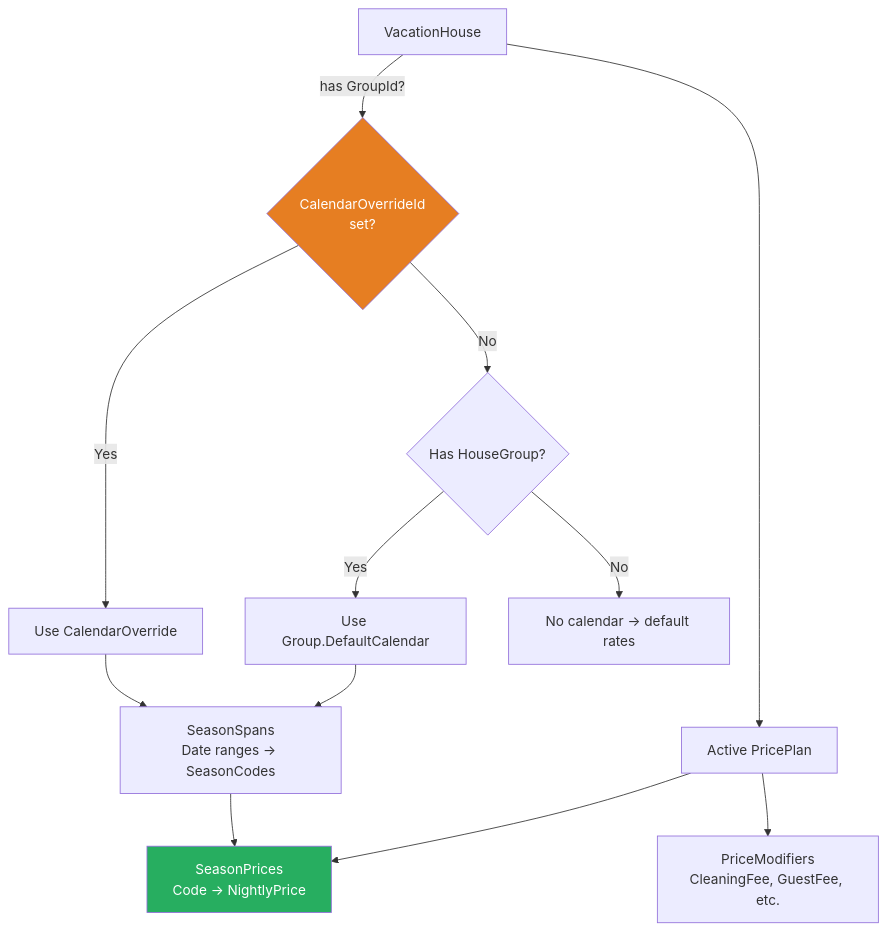
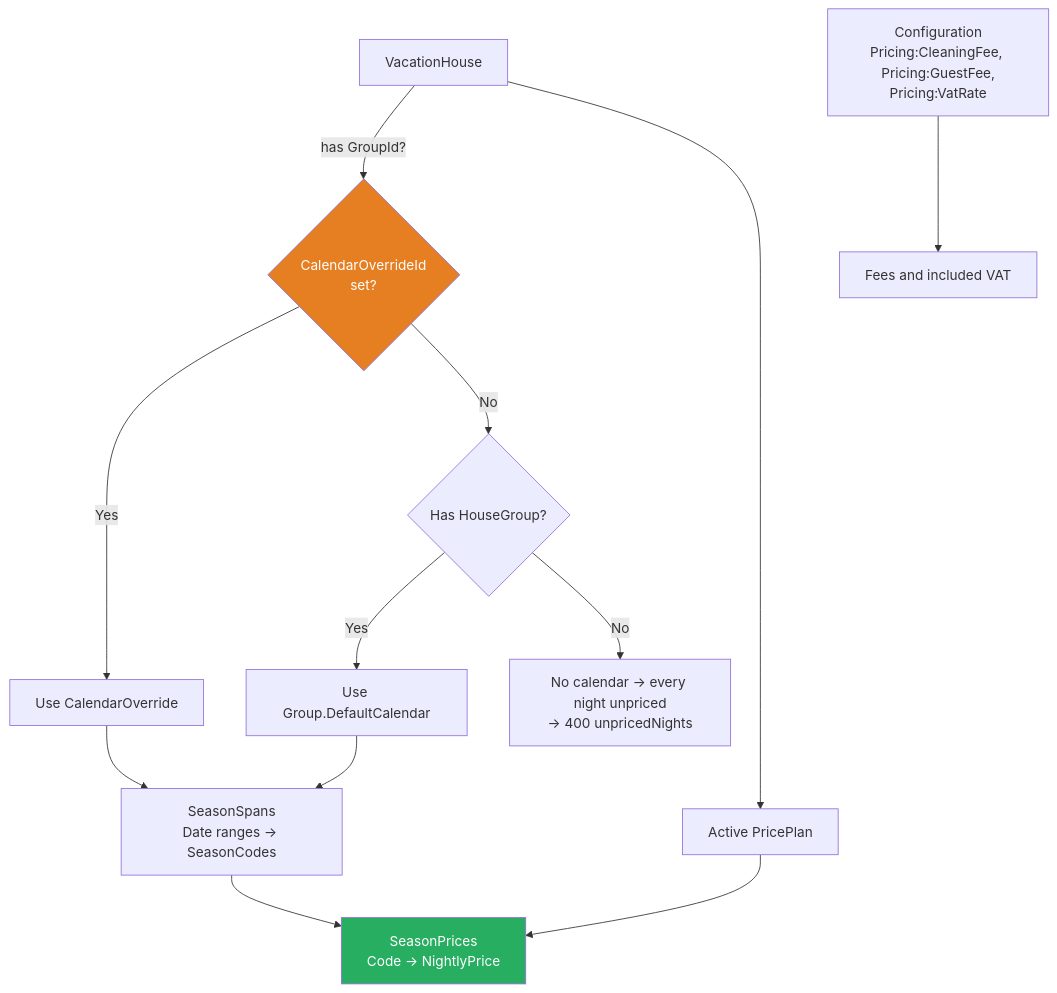
Diagram 19 of 32 in docs/DIAGRAMS.md (Applatos/RentalHome), drawn with Mermaid before and after one commit. The commit also changed other lines of this file and 156 other files, not shown here.

````diff
--- a/docs/DIAGRAMS.md
+++ b/docs/DIAGRAMS.md
@@ -838,19 +846,19 @@
 ```mermaid
 graph TB
     HOUSE[VacationHouse] -->|"has GroupId?"| CHECK{CalendarOverrideId<br/>set?}
 
     CHECK -->|Yes| OVR[Use CalendarOverride]
     CHECK -->|No| GRP{Has HouseGroup?}
     GRP -->|Yes| GCAL[Use Group.DefaultCalendar]
-    GRP -->|No| NONE[No calendar → default rates]
+    GRP -->|No| NONE[No calendar → every night unpriced<br/>→ 400 unpricedNights]
 
     OVR & GCAL --> SPANS[SeasonSpans<br/>Date ranges → SeasonCodes]
     SPANS --> PRICES[SeasonPrices<br/>Code → NightlyPrice]
 
     HOUSE --> PP[Active PricePlan]
     PP --> PRICES
-    PP --> MODS[PriceModifiers<br/>CleaningFee, GuestFee, etc.]
+    CFG[Configuration<br/>Pricing:CleaningFee, Pricing:GuestFee,<br/>Pricing:VatRate] --> FEES[Fees and included VAT]
 
     style CHECK fill:#e67e22,color:#fff
     style PRICES fill:#27ae60,color:#fff
 ```
````
